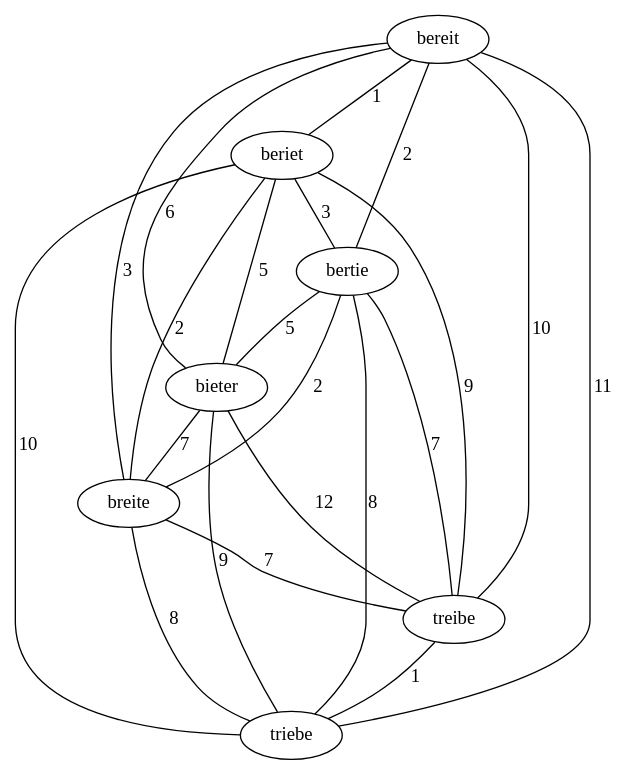
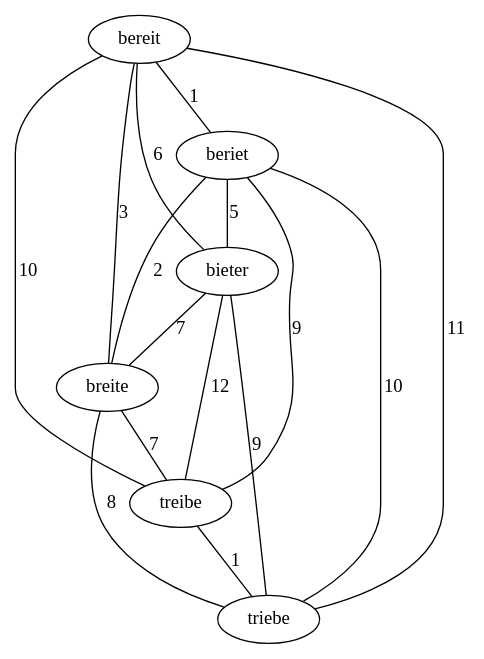
Before and after one commit to increpare/Galaktisches_Etymologieforschungsinstitut: the diagram in output/dot/DE_bereit.dot, drawn with Graphviz. The commit also changed 10 other files, not shown here.

```diff
--- a/output/dot/DE_bereit.dot
+++ b/output/dot/DE_bereit.dot
@@ -1,23 +1,17 @@
 graph {
 	bereit -- beriet [ label="1" ];
-	bereit -- bertie [ label="2" ];
 	bereit -- bieter [ label="6" ];
 	bereit -- breite [ label="3" ];
 	bereit -- treibe [ label="10" ];
 	bereit -- triebe [ label="11" ];
-	beriet -- bertie [ label="3" ];
 	beriet -- bieter [ label="5" ];
 	beriet -- breite [ label="2" ];
 	beriet -- treibe [ label="9" ];
 	beriet -- triebe [ label="10" ];
-	bertie -- bieter [ label="5" ];
-	bertie -- breite [ label="2" ];
-	bertie -- treibe [ label="7" ];
-	bertie -- triebe [ label="8" ];
 	bieter -- breite [ label="7" ];
 	bieter -- treibe [ label="12" ];
 	bieter -- triebe [ label="9" ];
 	breite -- treibe [ label="7" ];
 	breite -- triebe [ label="8" ];
 	treibe -- triebe [ label="1" ];
 }
```
